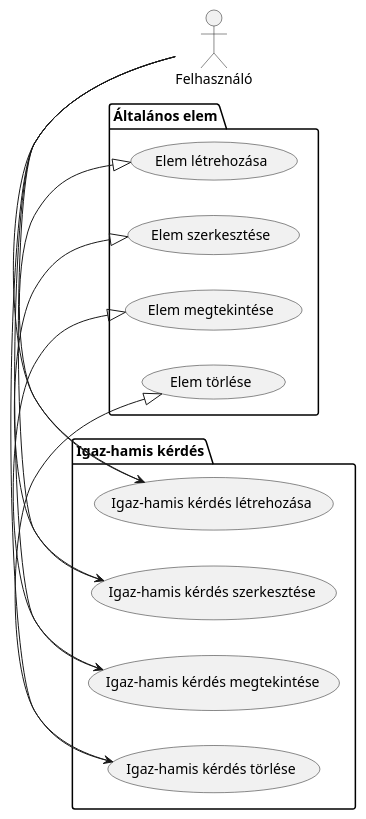
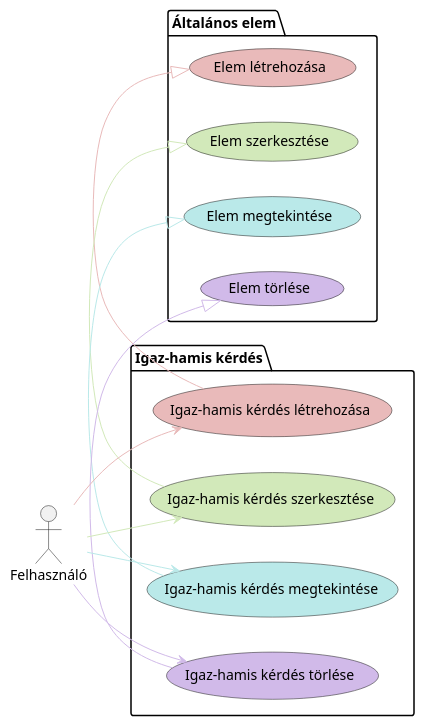
The diagram in DiplomatervSablon_LaTeX_v1/figures/plantuml/usecase/tf.puml (LaciProg/Szakdolgozat), drawn with PlantUML before and after one commit. The commit also changed 32 other files, not shown here.

```diff
--- a/DiplomatervSablon_LaTeX_v1/figures/plantuml/usecase/tf.puml
+++ b/DiplomatervSablon_LaTeX_v1/figures/plantuml/usecase/tf.puml
@@ -1,31 +1,31 @@
 @startuml TrueFalseQuestion Diagram
 
 left to right direction
 
 actor Felhasználó
 
 package "Általános elem" {
-    usecase "Elem létrehozása" as CreateElement
-    usecase "Elem szerkesztése" as EditElement
-    usecase "Elem megtekintése" as ViewElement
-    usecase "Elem törlése" as DeleteElement
+    usecase "Elem létrehozása" as CreateElement #E9BABA
+    usecase "Elem szerkesztése" as EditElement #D2E9BA
+    usecase "Elem megtekintése" as ViewElement #BAE9E9
+    usecase "Elem törlése" as DeleteElement #D1BAE9
 }
 
 package "Igaz-hamis kérdés" {
-    usecase "Igaz-hamis kérdés létrehozása" as CreateTrueFalseQuestion
-    usecase "Igaz-hamis kérdés szerkesztése" as EditTrueFalseQuestion
-    usecase "Igaz-hamis kérdés megtekintése" as ViewTrueFalseQuestion
-    usecase "Igaz-hamis kérdés törlése" as DeleteTrueFalseQuestion
+    usecase "Igaz-hamis kérdés létrehozása" as CreateTrueFalseQuestion #E9BABA
+    usecase "Igaz-hamis kérdés szerkesztése" as EditTrueFalseQuestion #D2E9BA
+    usecase "Igaz-hamis kérdés megtekintése" as ViewTrueFalseQuestion #BAE9E9
+    usecase "Igaz-hamis kérdés törlése" as DeleteTrueFalseQuestion #D1BAE9
 
-    CreateTrueFalseQuestion -|> CreateElement
-    EditTrueFalseQuestion -|> EditElement
-    ViewTrueFalseQuestion -|> ViewElement
-    DeleteTrueFalseQuestion -|> DeleteElement
+    CreateTrueFalseQuestion -[#E9BABA]|> CreateElement
+    EditTrueFalseQuestion -[#D2E9BA]|> EditElement
+    ViewTrueFalseQuestion -[#BAE9E9]|> ViewElement
+    DeleteTrueFalseQuestion -[#D1BAE9]|> DeleteElement
 }
 
-Felhasználó -> CreateTrueFalseQuestion
-Felhasználó -> EditTrueFalseQuestion
-Felhasználó -> ViewTrueFalseQuestion
-Felhasználó -> DeleteTrueFalseQuestion
+Felhasználó -[#E9BABA]-> CreateTrueFalseQuestion
+Felhasználó -[#D2E9BA]-> EditTrueFalseQuestion
+Felhasználó -[#BAE9E9]-> ViewTrueFalseQuestion
+Felhasználó -[#D1BAE9]-> DeleteTrueFalseQuestion
 
 @enduml
```
